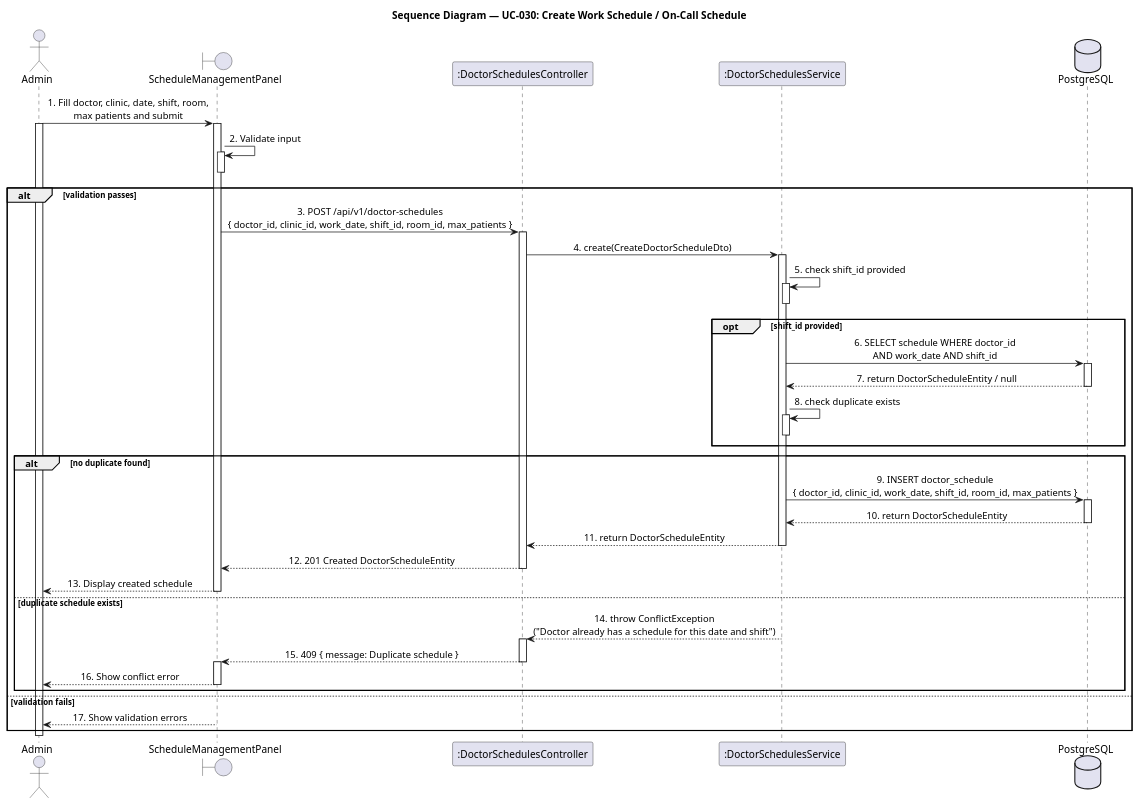
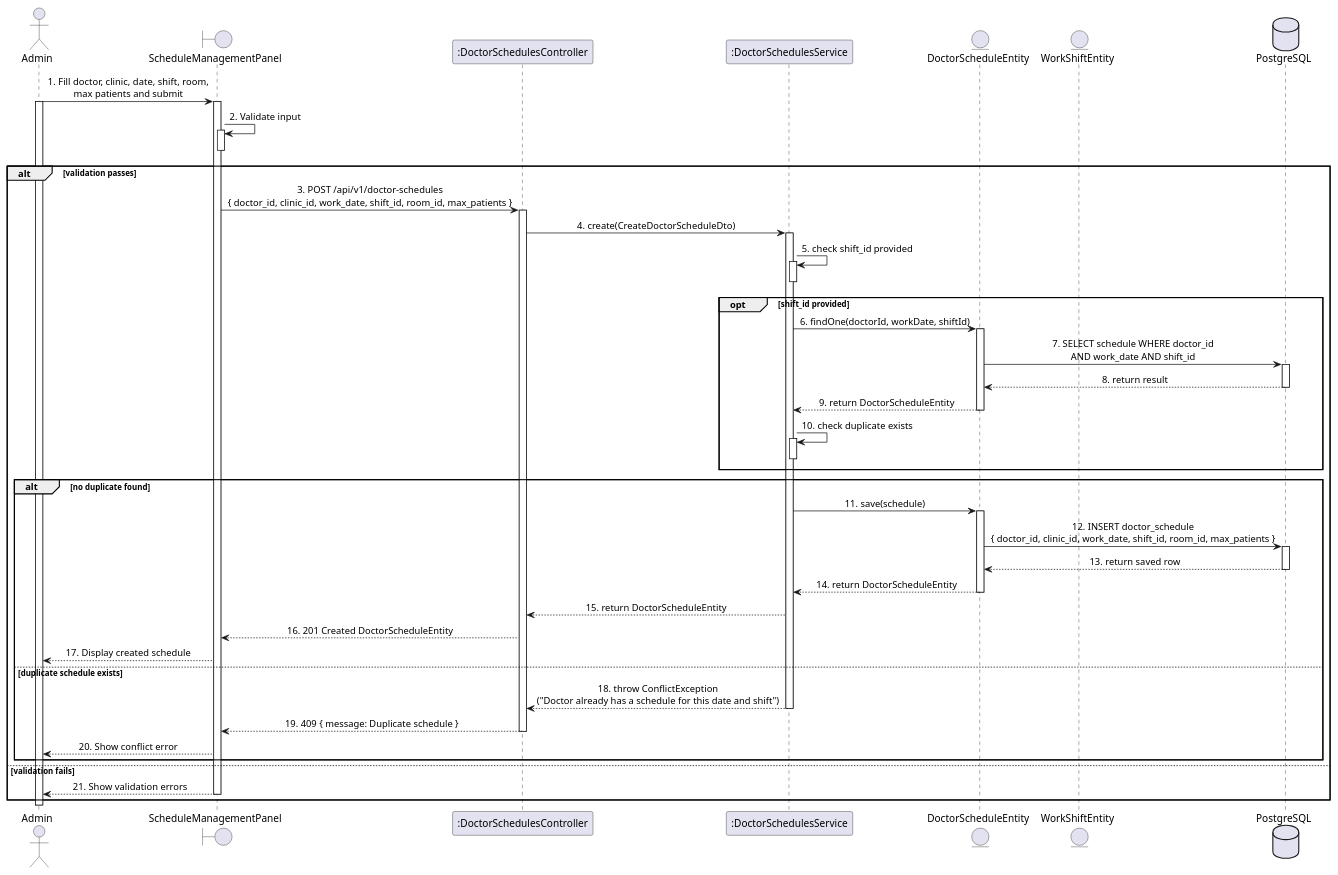
The diagram in docs/sequence-diagram/UC30_CreateWorkSchedule.puml (LTPPPP/Smart-Medical-Intelligent-Ledger-for-E-health-S.M.I.L.E-), drawn with PlantUML before and after one commit. The commit also changed 114 other files, not shown here.

Commit message:
feat: complete class,sequence

```diff
--- a/docs/sequence-diagram/UC30_CreateWorkSchedule.puml
+++ b/docs/sequence-diagram/UC30_CreateWorkSchedule.puml
@@ -1,72 +1,75 @@
 @startuml SequenceDiagram
 skinparam shadowing false
 skinparam sequenceMessageAlign center
-
-title Sequence Diagram — UC-030: Create Work Schedule / On-Call Schedule
-
 actor "Admin" as user
 boundary "ScheduleManagementPanel" as form
 participant ":DoctorSchedulesController" as ctrl
 participant ":DoctorSchedulesService" as schSvc
+entity "DoctorScheduleEntity" as schEntity
+entity "WorkShiftEntity" as shiftEntity
 database "PostgreSQL" as db
 
 user -> form : 1. Fill doctor, clinic, date, shift, room,\nmax patients and submit
 activate user
 activate form
 
 form -> form : 2. Validate input
 activate form
 deactivate form
 alt validation passes
   form -> ctrl : 3. POST /api/v1/doctor-schedules\n{ doctor_id, clinic_id, work_date, shift_id, room_id, max_patients }
   activate ctrl
 
   ctrl -> schSvc : 4. create(CreateDoctorScheduleDto)
   activate schSvc
 
   schSvc -> schSvc : 5. check shift_id provided
   activate schSvc
   deactivate schSvc
   opt shift_id provided
-    schSvc -> db : 6. SELECT schedule WHERE doctor_id\nAND work_date AND shift_id
+    schSvc -> schEntity : 6. findOne(doctorId, workDate, shiftId)
+    activate schEntity
+    schEntity -> db : 7. SELECT schedule WHERE doctor_id\nAND work_date AND shift_id
     activate db
-    db --> schSvc : 7. return DoctorScheduleEntity / null
+    db --> schEntity : 8. return result
     deactivate db
+    schEntity --> schSvc : 9. return DoctorScheduleEntity
+    deactivate schEntity
 
-    schSvc -> schSvc : 8. check duplicate exists
+    schSvc -> schSvc : 10. check duplicate exists
     activate schSvc
     deactivate schSvc
   end
 
   alt no duplicate found
-    schSvc -> db : 9. INSERT doctor_schedule\n{ doctor_id, clinic_id, work_date, shift_id, room_id, max_patients }
+    schSvc -> schEntity : 11. save(schedule)
+    activate schEntity
+    schEntity -> db : 12. INSERT doctor_schedule\n{ doctor_id, clinic_id, work_date, shift_id, room_id, max_patients }
     activate db
-    db --> schSvc : 10. return DoctorScheduleEntity
+    db --> schEntity : 13. return saved row
     deactivate db
+    schEntity --> schSvc : 14. return DoctorScheduleEntity
+    deactivate schEntity
 
-    schSvc --> ctrl : 11. return DoctorScheduleEntity
+    schSvc --> ctrl : 15. return DoctorScheduleEntity
+
+    ctrl --> form : 16. 201 Created DoctorScheduleEntity
+
+    form --> user : 17. Display created schedule
+  else duplicate schedule exists
+    schSvc --> ctrl : 18. throw ConflictException\n("Doctor already has a schedule for this date and shift")
     deactivate schSvc
 
-    ctrl --> form : 12. 201 Created DoctorScheduleEntity
+    ctrl --> form : 19. 409 { message: Duplicate schedule }
     deactivate ctrl
 
-    form --> user : 13. Display created schedule
-    deactivate form
-  else duplicate schedule exists
-    schSvc --> ctrl : 14. throw ConflictException\n("Doctor already has a schedule for this date and shift")
-    deactivate schSvc
-    activate ctrl
-    ctrl --> form : 15. 409 { message: Duplicate schedule }
-    deactivate ctrl
-    activate form
-    form --> user : 16. Show conflict error
-    deactivate form
+    form --> user : 20. Show conflict error
   end
 else validation fails
-  form --> user : 17. Show validation errors
+  form --> user : 21. Show validation errors
   deactivate form
 end
 
 deactivate user
 
 @enduml
```
